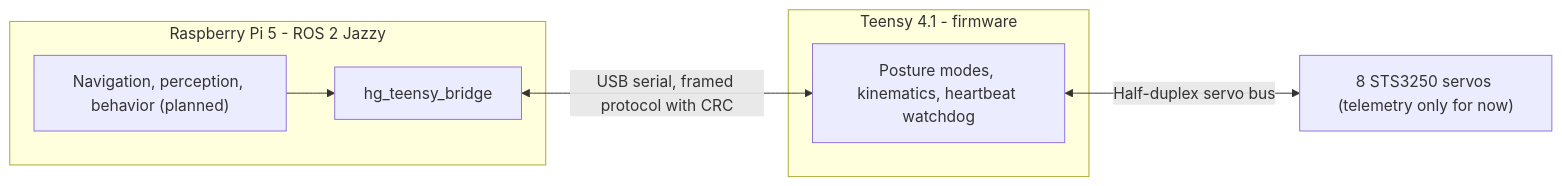
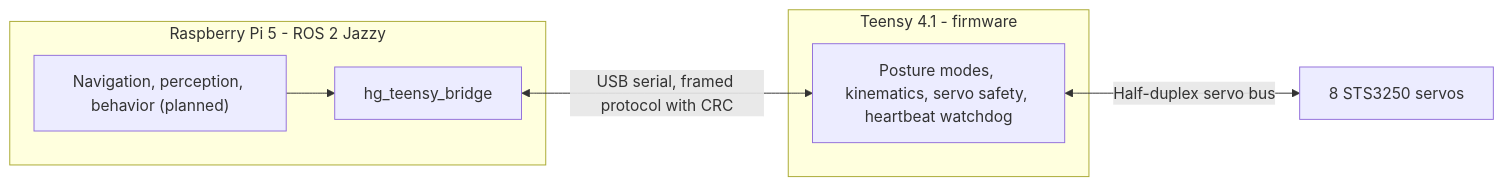
The diagram in README.md (pkquy-vn/home-guardian-robot-dog), drawn with Mermaid before and after one commit. The commit also changed other lines of this file and 5 other files, not shown here.

First line of the commit message:
docs: describe servo motion, calibration and safety

````diff
--- a/README.md
+++ b/README.md
@@ -32,11 +32,11 @@
 ```mermaid
 flowchart LR
   subgraph Pi["Raspberry Pi 5 - ROS 2 Jazzy"]
     apps["Navigation, perception, behavior (planned)"] --> bridge["hg_teensy_bridge"]
   end
   subgraph Teensy["Teensy 4.1 - firmware"]
-    fw["Posture modes, kinematics, heartbeat watchdog"]
+    fw["Posture modes, kinematics, servo safety, heartbeat watchdog"]
   end
   bridge <-->|"USB serial, framed protocol with CRC"| fw
-  fw <-->|"Half-duplex servo bus"| joints["8 STS3250 servos (telemetry only for now)"]
+  fw <-->|"Half-duplex servo bus"| joints["8 STS3250 servos"]
 ```
````
